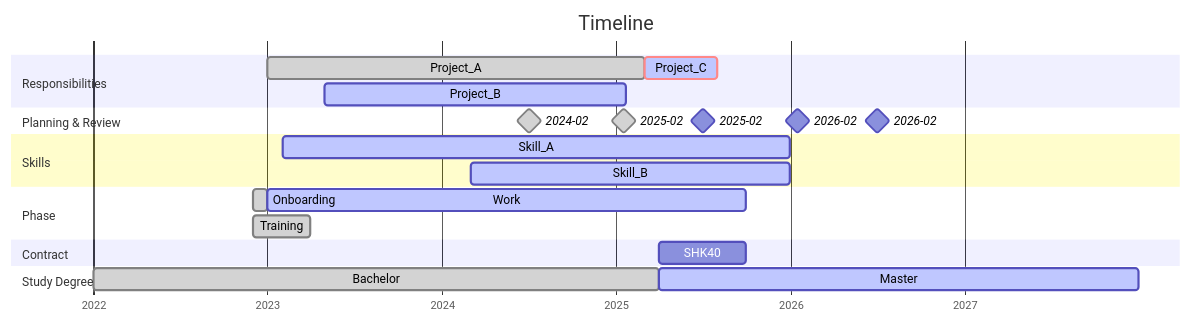
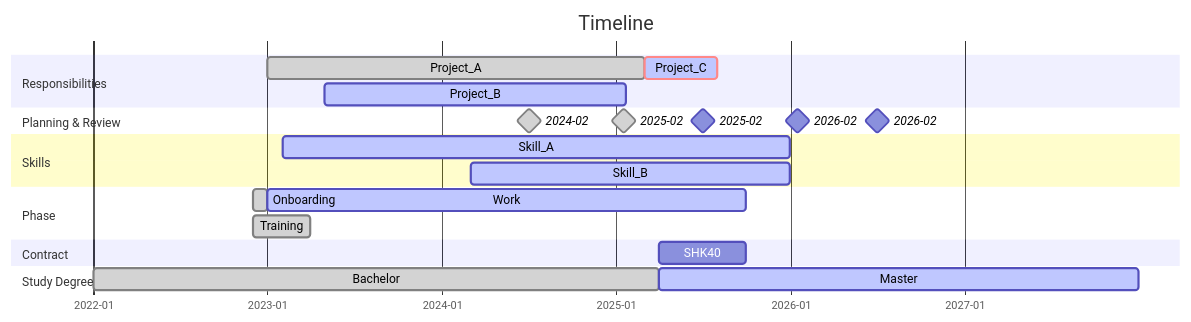
One commit to digital-work-lab/agenda_template changed the diagram in README.md. Above: the diagram before and after it, drawn with Mermaid.

````diff
--- a/README.md
+++ b/README.md
@@ -5,38 +5,38 @@
 ```mermaid
 ---
 displayMode: compact
 ---
 gantt
 
 	title Timeline
 	dateFormat YYYY-MM-DD
-	axisFormat %Y
+	axisFormat %Y-%m
 
 	section Responsibilities
 	Project_A:   done, b1, 2023-01-01, 2025-02-28
 	Project_B: active, b2, 2023-05-01, 2025-01-20
 	Project_C: crit, active, b1, 2025-03-01, 2025-07-31
 
 	section Planning & Review
 	2024-02: done, milestone, 2024-07-01, 1d
 	2025-02: done, milestone, 2025-01-15, 1d
 	2025-02: milestone, 2025-07-01, 1d
 	2026-02: milestone, 2026-01-15, 1d
 	2026-02: milestone, 2026-07-01, 1d
 
 	section Skills
     Skill_A:  active, c1, 2023-02-01, 2025-12-31
 	Skill_B : active, c1, 2024-03-01, 2025-12-31
 
 	section Phase
 	Onboarding: done, c1, 2022-12-01, 2022-12-31
 	Training: done, c1, 2022-12-01, 2023-03-31
 	Work : active, c1, 2023-01-01, 2025-09-30
 
 	section Contract
 	SHK40 : a1, 2025-04-01, 2025-09-30
 
 	section Study Degree
 	Bachelor : done, b1, 2022-01-01, 2025-03-31
 	Master : active, m1, 2025-04-01, 2027-12-31
 ```
````
